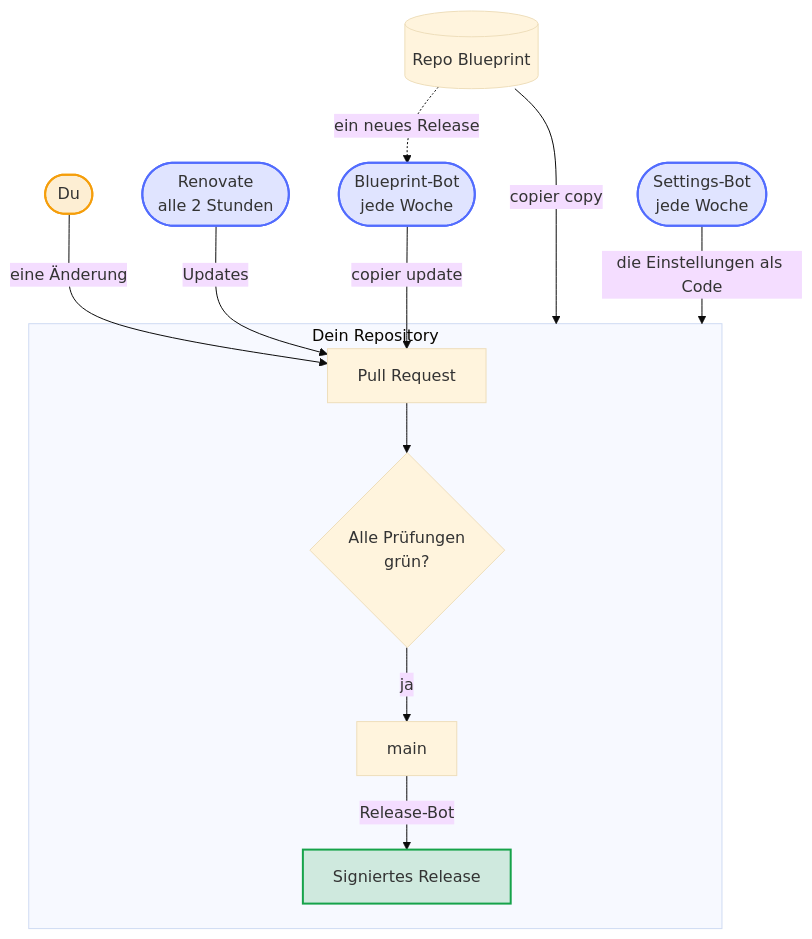
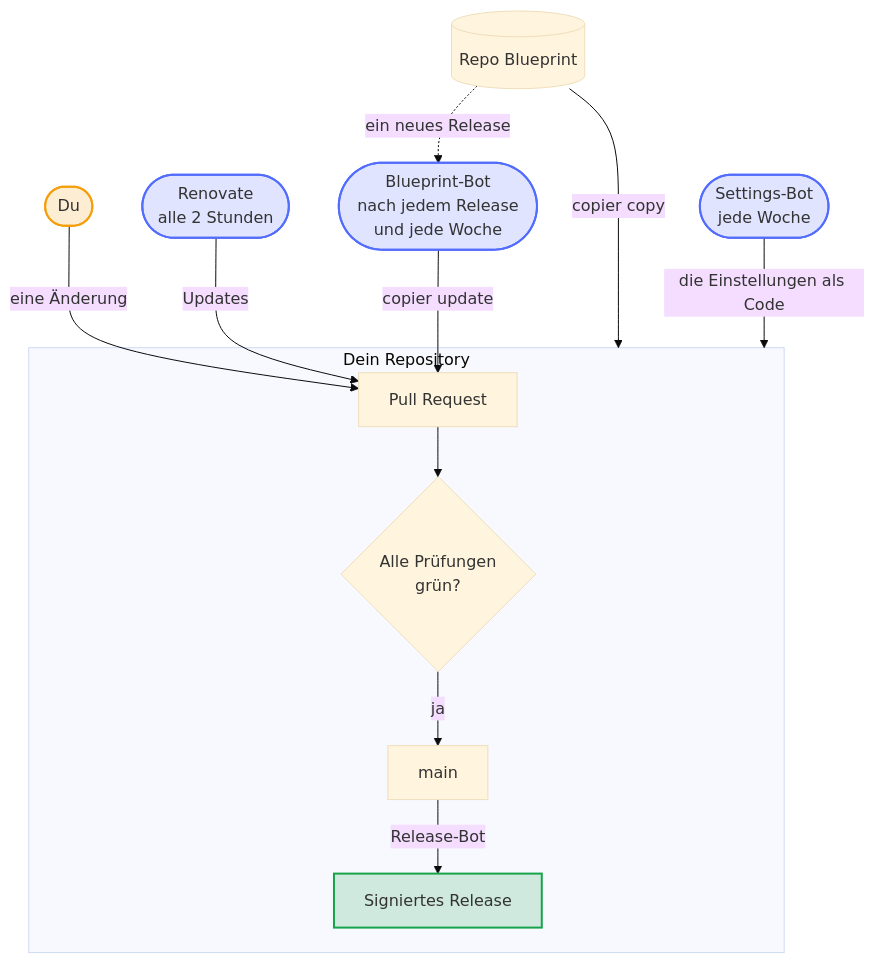
The first of 6 diagrams in README.de.md (Dennis-Otto/repo-blueprint), drawn with Mermaid (base theme) before and after one commit. The commit also changed other lines of this file and 6 other files, not shown here.

First line of the commit message:
feat: roll out every release of the blueprint at once

````diff
--- a/README.de.md
+++ b/README.de.md
@@ -21,36 +21,36 @@
 ```mermaid
 ---
 config:
   flowchart:
     wrappingWidth: 400
 ---
 flowchart TB
     accTitle: Wie sich ein Repository selbst pflegt
     accDescr: copier copy legt aus dem Blueprint ein Repository an. Jede Änderung, deine oder die eines Bots, ist ein Pull Request, der merged, sobald alle Prüfungen grün sind, und der Release-Bot macht aus dem, was auf main ankommt, ein signiertes Release. Renovate, der Blueprint-Bot und der Settings-Bot halten das Repository von selbst aktuell.
 
     blueprint[("Repo Blueprint")]
     you(["Du"])
     renovate(["Renovate<br>alle 2 Stunden"])
-    updater(["Blueprint-Bot<br>jede Woche"])
+    updater(["Blueprint-Bot<br>nach jedem Release<br>und jede Woche"])
     settings(["Settings-Bot<br>jede Woche"])
 
     subgraph repo ["Dein Repository"]
         pr["Pull Request"] --> checks{"Alle Prüfungen<br>grün?"}
         checks -- "ja" --> main["main"]
         main -- "Release-Bot" --> release["Signiertes Release"]
     end
 
     blueprint -- "copier copy" --> repo
     blueprint -. "ein neues Release" .-> updater
     you -- "eine Änderung" --> pr
     renovate -- "Updates" --> pr
     updater -- "copier update" --> pr
     settings -- "die Einstellungen als Code" --> repo
 
     classDef bot fill:#526cfe2e,stroke:#526cfe,stroke-width:2px
     classDef person fill:#f59e0b2e,stroke:#f59e0b,stroke-width:2px
     classDef done fill:#16a34a2e,stroke:#16a34a,stroke-width:2px
     class renovate,updater,settings bot
     class you person
     class release done
 ```
````
